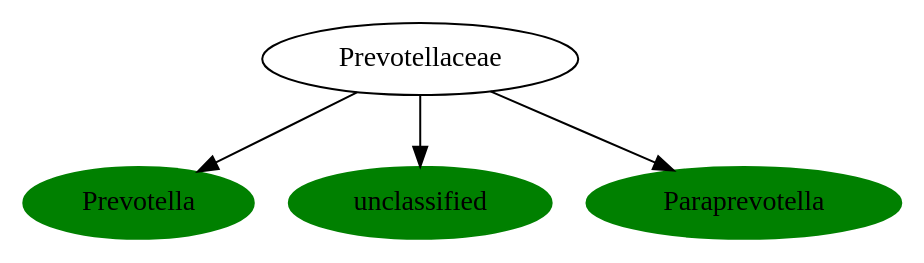
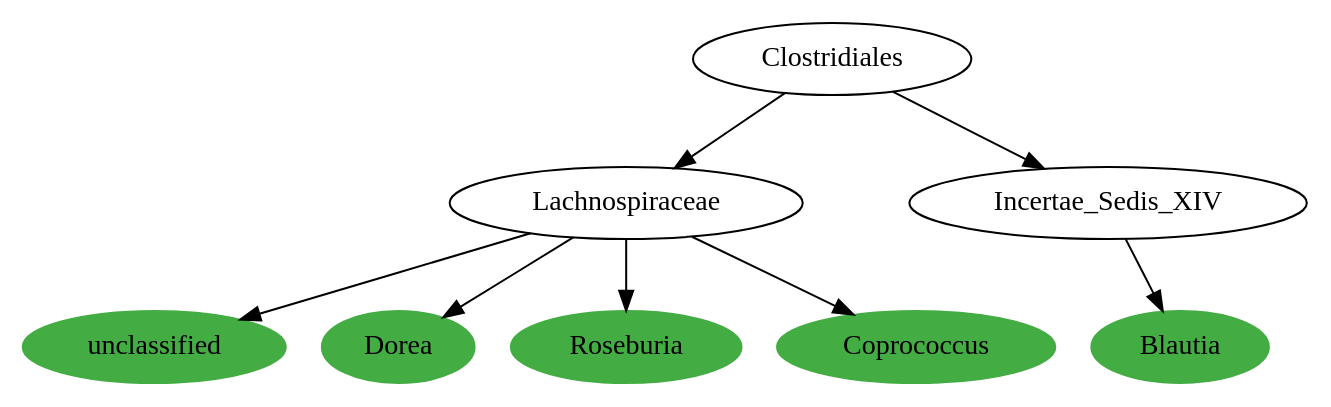
The diagram in experiments/tmp/phylogenetic-tree/dotfiles/1.dot (AndersHqst/thesis), drawn with Graphviz before and after one commit. The commit also changed 228 other files, not shown here.

Commit message:
Updated graph coloring scripts. Co-exclusions are now indicated by edge label font coloring, and phylographer will also show u<1 patterns in red only

```diff
--- a/experiments/tmp/phylogenetic-tree/dotfiles/1.dot
+++ b/experiments/tmp/phylogenetic-tree/dotfiles/1.dot
@@ -1,15 +1,29 @@
 digraph G { 
-	PrevotellaceaePrevotella [label="Prevotella", color="green", style=filled];
-	BacteroidalesPrevotellaceae [label="Prevotellaceae"];
-	PrevotellaceaePrevotella [label="Prevotella"];
-	BacteroidalesPrevotellaceae -> PrevotellaceaePrevotella;
-	Prevotellaceaeunclassified [label="unclassified", color="green", style=filled];
-	BacteroidalesPrevotellaceae [label="Prevotellaceae"];
-	Prevotellaceaeunclassified [label="unclassified"];
-	BacteroidalesPrevotellaceae -> Prevotellaceaeunclassified;
-	PrevotellaceaeParaprevotella [label="Paraprevotella", color="green", style=filled];
-	BacteroidalesPrevotellaceae [label="Prevotellaceae"];
-	PrevotellaceaeParaprevotella [label="Paraprevotella"];
-	BacteroidalesPrevotellaceae -> PrevotellaceaeParaprevotella;
+	Lachnospiraceaeunclassified [label="unclassified", color="#43AC43", style=filled];
+	ClostridialesLachnospiraceae [label="Lachnospiraceae"];
+	Lachnospiraceaeunclassified [label="unclassified"];
+	ClostridialesLachnospiraceae -> Lachnospiraceaeunclassified;
+	ClostridiaClostridiales [label="Clostridiales"];
+	ClostridialesLachnospiraceae [label="Lachnospiraceae"];
+	ClostridiaClostridiales -> ClostridialesLachnospiraceae;
+	LachnospiraceaeDorea [label="Dorea", color="#43AC43", style=filled];
+	ClostridialesLachnospiraceae [label="Lachnospiraceae"];
+	LachnospiraceaeDorea [label="Dorea"];
+	ClostridialesLachnospiraceae -> LachnospiraceaeDorea;
+	LachnospiraceaeRoseburia [label="Roseburia", color="#43AC43", style=filled];
+	ClostridialesLachnospiraceae [label="Lachnospiraceae"];
+	LachnospiraceaeRoseburia [label="Roseburia"];
+	ClostridialesLachnospiraceae -> LachnospiraceaeRoseburia;
+	LachnospiraceaeCoprococcus [label="Coprococcus", color="#43AC43", style=filled];
+	ClostridialesLachnospiraceae [label="Lachnospiraceae"];
+	LachnospiraceaeCoprococcus [label="Coprococcus"];
+	ClostridialesLachnospiraceae -> LachnospiraceaeCoprococcus;
+	Incertae_Sedis_XIVBlautia [label="Blautia", color="#43AC43", style=filled];
+	ClostridialesIncertae_Sedis_XIV [label="Incertae_Sedis_XIV"];
+	Incertae_Sedis_XIVBlautia [label="Blautia"];
+	ClostridialesIncertae_Sedis_XIV -> Incertae_Sedis_XIVBlautia;
+	ClostridiaClostridiales [label="Clostridiales"];
+	ClostridialesIncertae_Sedis_XIV [label="Incertae_Sedis_XIV"];
+	ClostridiaClostridiales -> ClostridialesIncertae_Sedis_XIV;
 
  }
```
